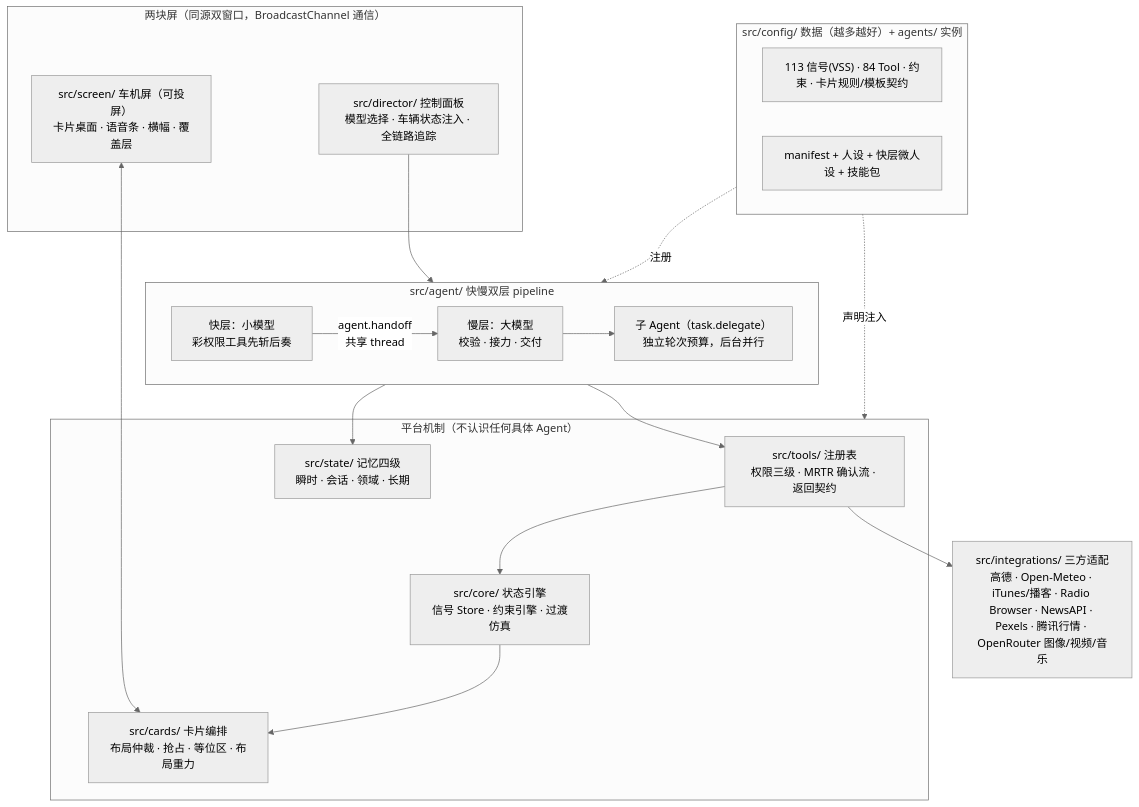
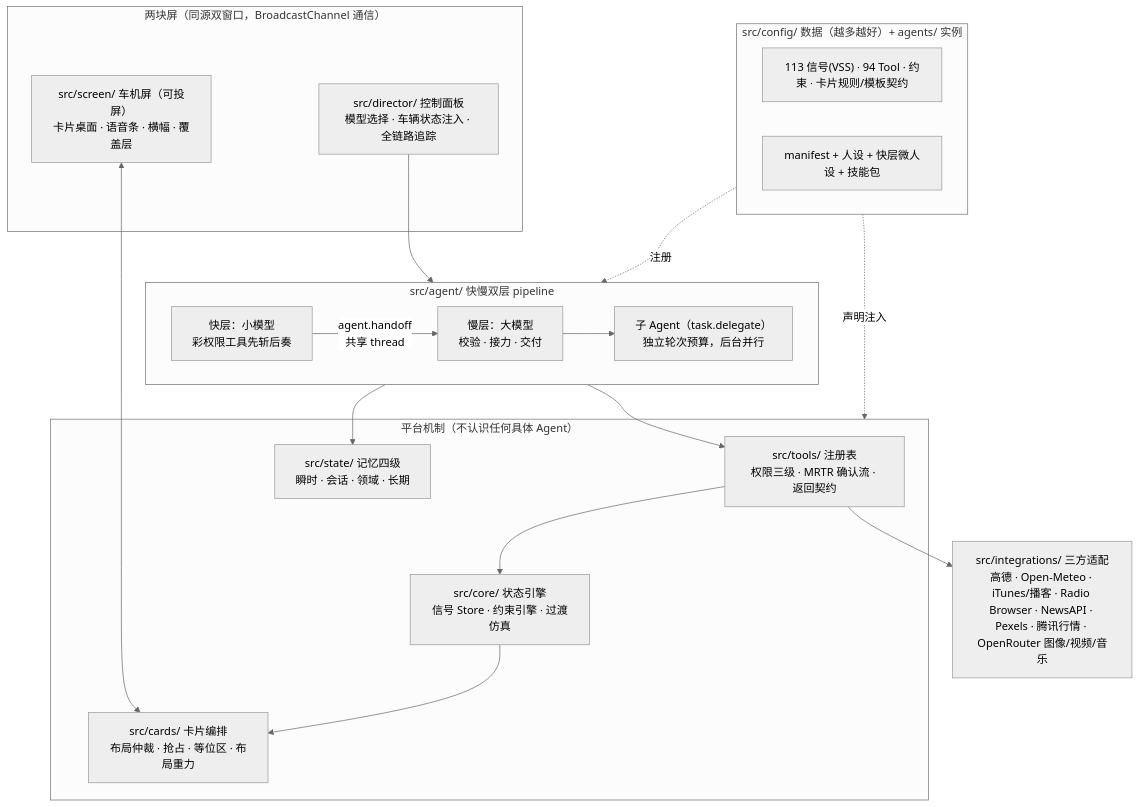
Before and after one commit to yancent-dao/cockpit-agent-sim: the second of 6 diagrams in README.md, drawn with Mermaid (neutral theme). The commit also changed other lines of this file, not shown here.

````diff
--- a/README.md
+++ b/README.md
@@ -53,33 +53,33 @@
 ```mermaid
 flowchart TB
     subgraph UI["两块屏（同源双窗口，BroadcastChannel 通信）"]
         director["src/director/ 控制面板<br/>模型选择 · 车辆状态注入 · 全链路追踪"]
         screen["src/screen/ 车机屏（可投屏）<br/>卡片桌面 · 语音条 · 横幅 · 覆盖层"]
     end
     subgraph AGENT["src/agent/ 快慢双层 pipeline"]
         fast["快层：小模型<br/>彩权限工具先斩后奏"]
         slow["慢层：大模型<br/>校验 · 接力 · 交付"]
         sub["子 Agent（task.delegate）<br/>独立轮次预算，后台并行"]
         fast -- "agent.handoff<br/>共享 thread" --> slow
         slow --> sub
     end
     subgraph PLATFORM["平台机制（不认识任何具体 Agent）"]
         tools["src/tools/ 注册表<br/>权限三级 · MRTR 确认流 · 返回契约"]
         core["src/core/ 状态引擎<br/>信号 Store · 约束引擎 · 过渡仿真"]
         cards["src/cards/ 卡片编排<br/>布局仲裁 · 抢占 · 等位区 · 布局重力"]
         state["src/state/ 记忆四级<br/>瞬时 · 会话 · 领域 · 长期"]
     end
     subgraph DATA["src/config/ 数据（越多越好）+ agents/ 实例"]
-        config["113 信号(VSS) · 84 Tool · 约束 · 卡片规则/模板契约"]
+        config["113 信号(VSS) · 94 Tool · 约束 · 卡片规则/模板契约"]
         manifest["manifest + 人设 + 快层微人设 + 技能包"]
     end
     integrations["src/integrations/ 三方适配<br/>高德 · Open-Meteo · iTunes/播客 · Radio Browser · NewsAPI · Pexels · 腾讯行情 · OpenRouter 图像/视频/音乐"]
 
     director --> AGENT
     screen <--> cards
     AGENT --> tools --> core --> cards
     tools --> integrations
     AGENT --> state
     DATA -.声明注入.-> PLATFORM
     DATA -.注册.-> AGENT
 ```
````
